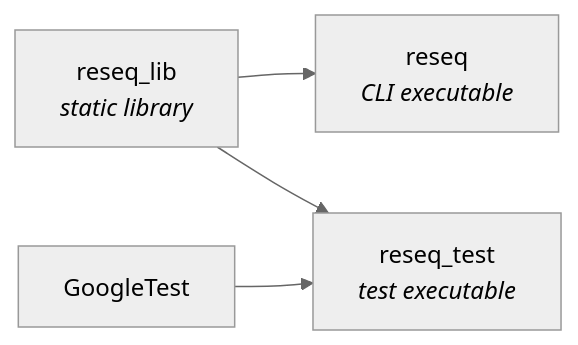
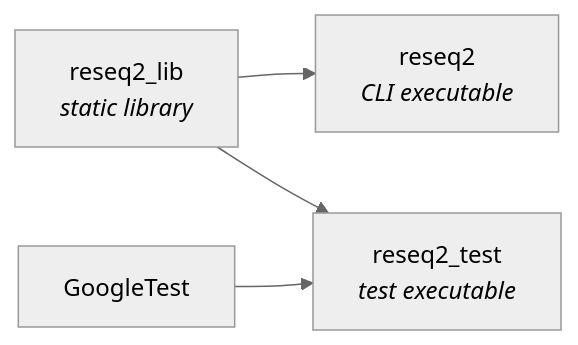
Before and after one commit to berntpopp/ReSeq2: the first of 2 diagrams in docs/developer/architecture.md, drawn with Mermaid (neutral theme). The commit also changed other lines of this file and 13 other files, not shown here.

Commit message:
docs: update CLI references from reseq to reseq2

````diff
--- a/docs/developer/architecture.md
+++ b/docs/developer/architecture.md
@@ -9,11 +9,11 @@
 ```mermaid
 graph LR
-    LIB["reseq_lib<br/><i>static library</i>"]
-    CLI["reseq<br/><i>CLI executable</i>"]
-    TEST["reseq_test<br/><i>test executable</i>"]
+    LIB["reseq2_lib<br/><i>static library</i>"]
+    CLI["reseq2<br/><i>CLI executable</i>"]
+    TEST["reseq2_test<br/><i>test executable</i>"]
     GT["GoogleTest"]
 
     LIB --> CLI
     LIB --> TEST
     GT --> TEST
 ```
````
